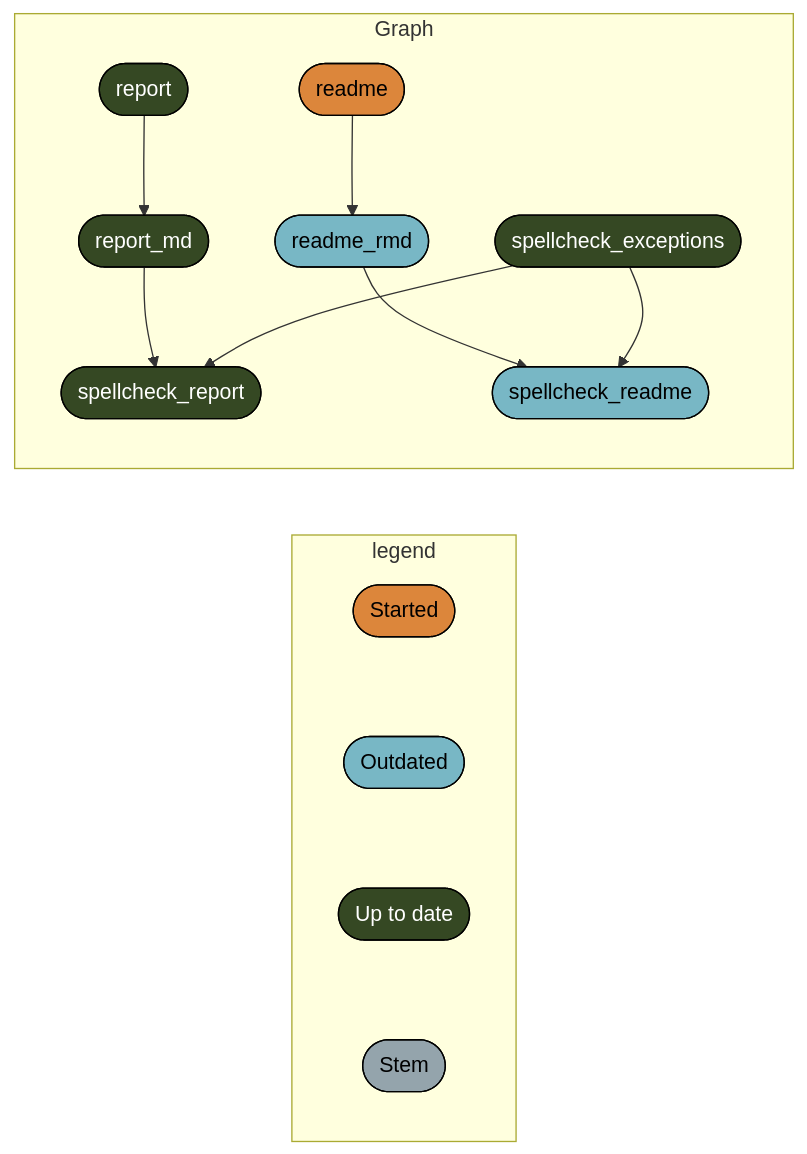
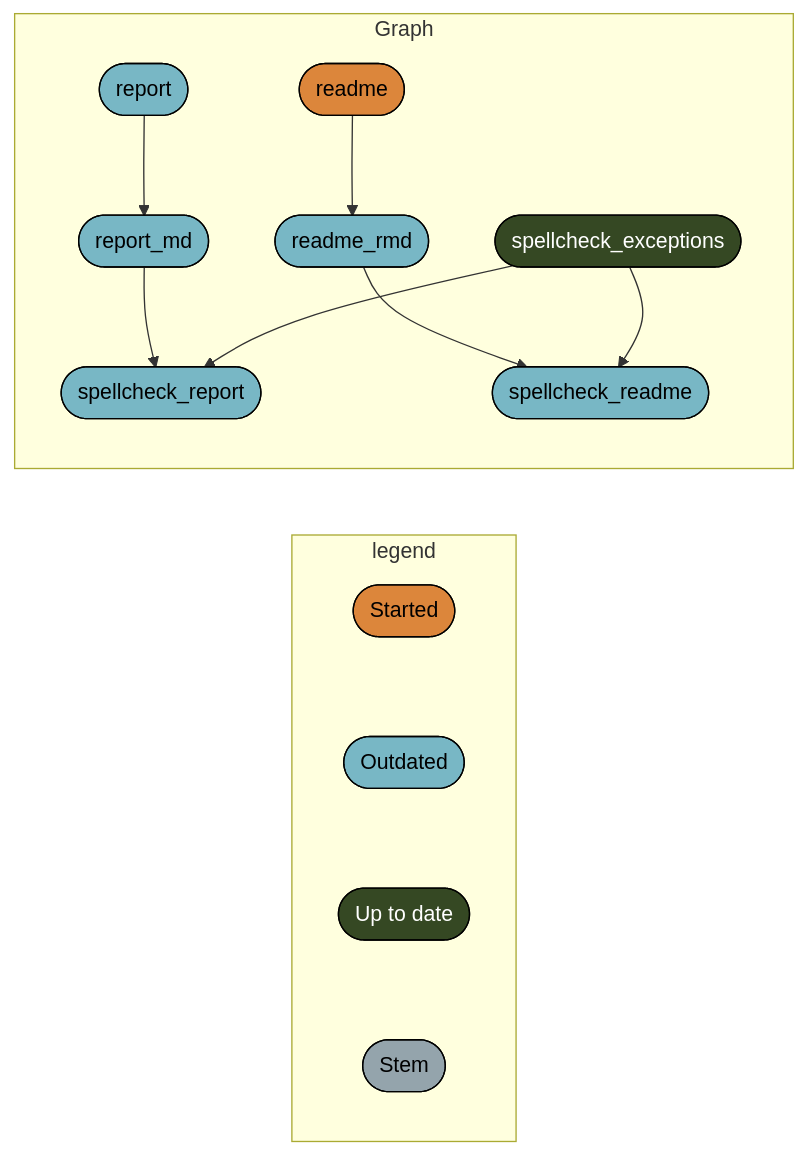
Before and after one commit to crsh/bf-defprit: the third of 3 diagrams in README.md, drawn with Mermaid. The commit also changed other lines of this file and 24 other files, not shown here.

````diff
--- a/README.md
+++ b/README.md
@@ -242,24 +239,24 @@
 ``` mermaid
                                                                                
 graph LR
   subgraph legend
     x5b3426b4c7fa7dbc([""Started""]):::started --- x0a52b03877696646([""Outdated""]):::outdated
     x0a52b03877696646([""Outdated""]):::outdated --- x7420bd9270f8d27d([""Up to date""]):::uptodate
     x7420bd9270f8d27d([""Up to date""]):::uptodate --- xbf4603d6c2c2ad6b([""Stem""]):::none
   end
   subgraph Graph
     x6e52cb0f1668cc22(["readme"]):::started --> x5a4cc06fc4a3b7ee(["readme_rmd"]):::outdated
-    x318ca994c4bb593a(["report_md"]):::uptodate --> xe6fb6b2c93ead02c(["spellcheck_report"]):::uptodate
-    x4ffa27198e787466(["spellcheck_exceptions"]):::uptodate --> xe6fb6b2c93ead02c(["spellcheck_report"]):::uptodate
+    x318ca994c4bb593a(["report_md"]):::outdated --> xe6fb6b2c93ead02c(["spellcheck_report"]):::outdated
+    x4ffa27198e787466(["spellcheck_exceptions"]):::uptodate --> xe6fb6b2c93ead02c(["spellcheck_report"]):::outdated
     x5a4cc06fc4a3b7ee(["readme_rmd"]):::outdated --> xf1a660a3e2076bea(["spellcheck_readme"]):::outdated
     x4ffa27198e787466(["spellcheck_exceptions"]):::uptodate --> xf1a660a3e2076bea(["spellcheck_readme"]):::outdated
-    xe0fba61fbc506510(["report"]):::uptodate --> x318ca994c4bb593a(["report_md"]):::uptodate
+    xe0fba61fbc506510(["report"]):::outdated --> x318ca994c4bb593a(["report_md"]):::outdated
   end
   classDef started stroke:#000000,color:#000000,fill:#DC863B;
   classDef outdated stroke:#000000,color:#000000,fill:#78B7C5;
   classDef uptodate stroke:#000000,color:#ffffff,fill:#354823;
   classDef none stroke:#000000,color:#000000,fill:#94a4ac;
   linkStyle 0 stroke-width:0px;
   linkStyle 1 stroke-width:0px;
   linkStyle 2 stroke-width:0px;
 ```
````
